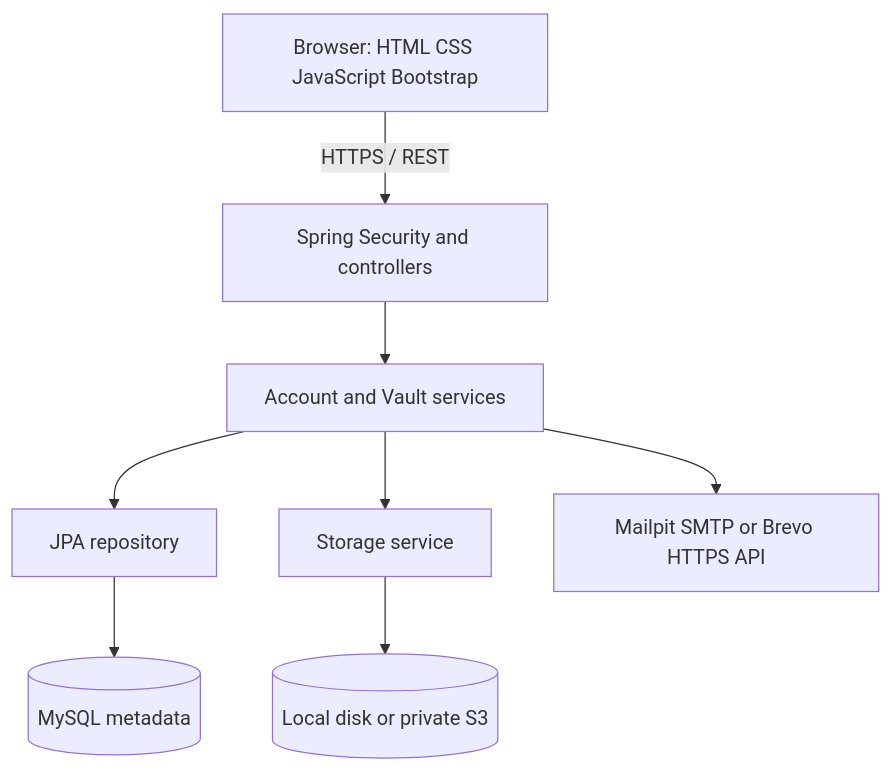
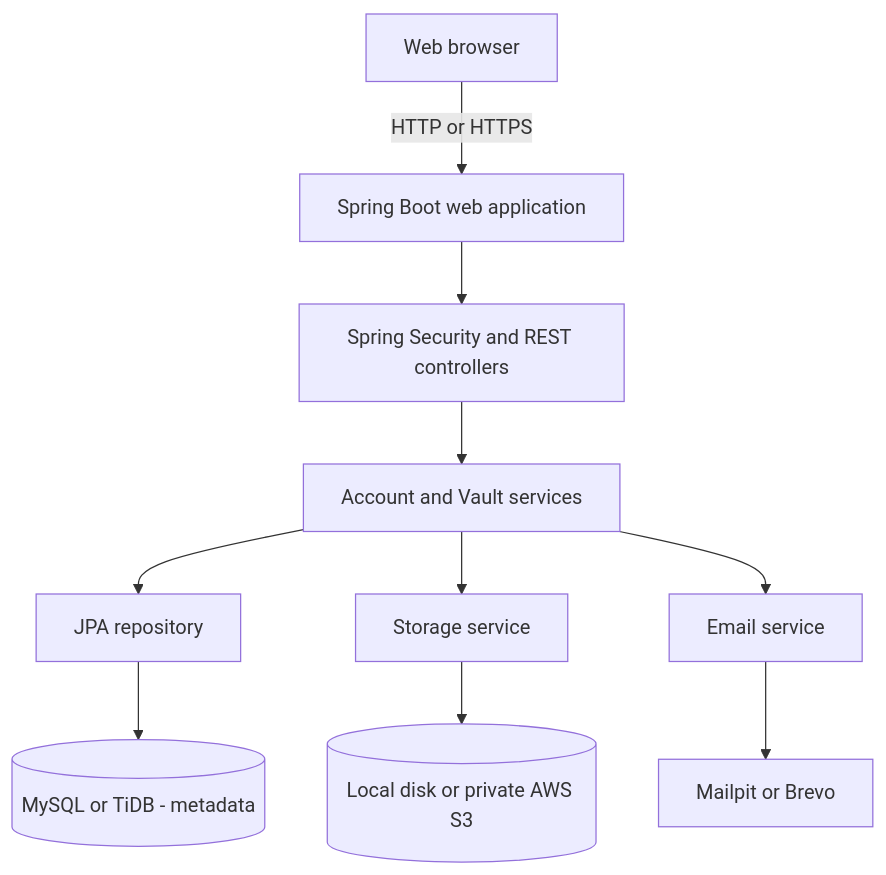
One commit to shayaan16/CloudVault changed the diagram in README.md. Above: the diagram before and after it, drawn with Mermaid. The commit also changed other lines of this file and 6 other files, not shown here.

````diff
--- a/README.md
+++ b/README.md
@@ -54,10 +75,12 @@
 ```mermaid
 flowchart TD
-  A[Browser: HTML CSS JavaScript Bootstrap] -->|HTTPS / REST| B[Spring Security and controllers]
-  B --> C[Account and Vault services]
-  C --> D[JPA repository]
-  D --> E[(MySQL metadata)]
-  C --> F[Storage service]
-  F --> G[(Local disk or private S3)]
-  C --> H[Mailpit SMTP or Brevo HTTPS API]
+    A[Web browser] -->|HTTP or HTTPS| B[Spring Boot web application]
+    B --> C[Spring Security and REST controllers]
+    C --> D[Account and Vault services]
+    D --> E[JPA repository]
+    E --> F[(MySQL or TiDB - metadata)]
+    D --> G[Storage service]
+    G --> H[(Local disk or private AWS S3)]
+    D --> I[Email service]
+    I --> J[Mailpit or Brevo]
 ```
````
